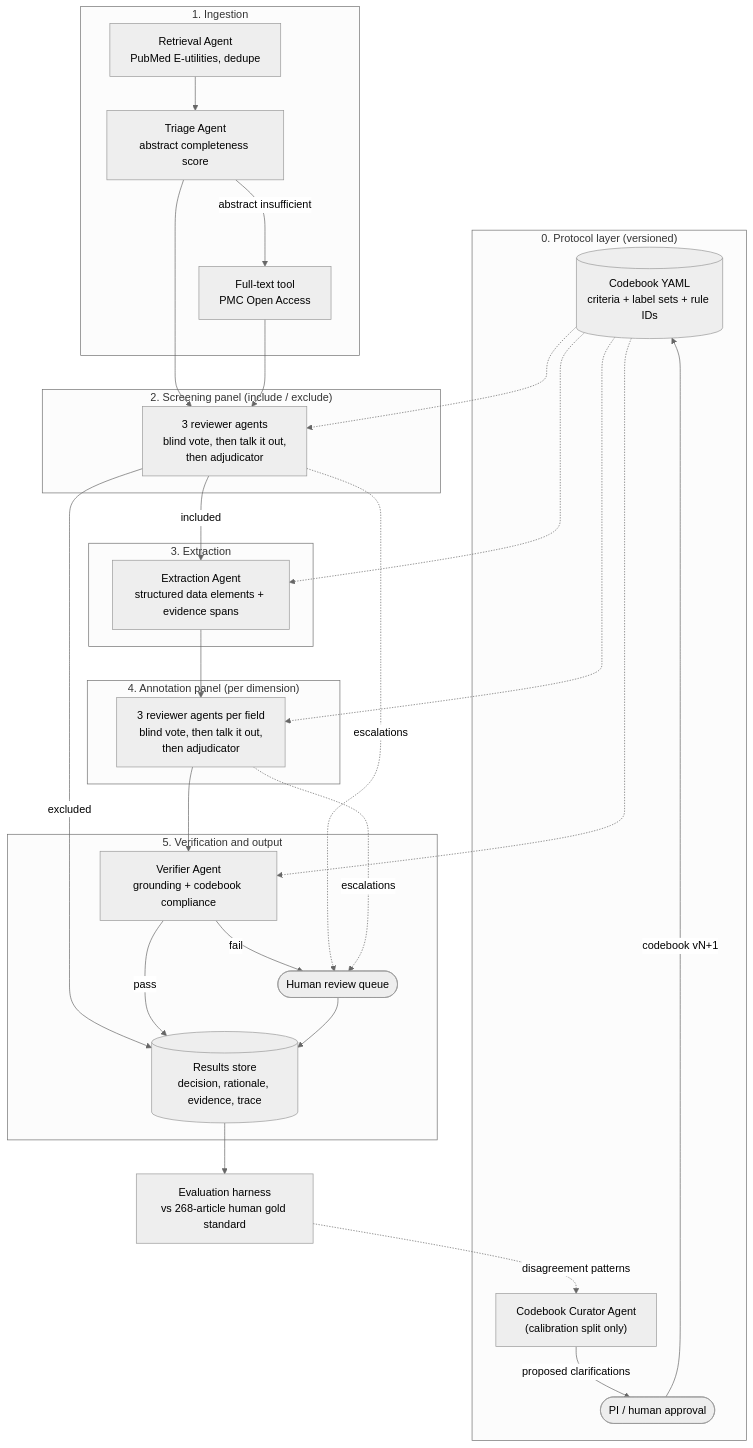
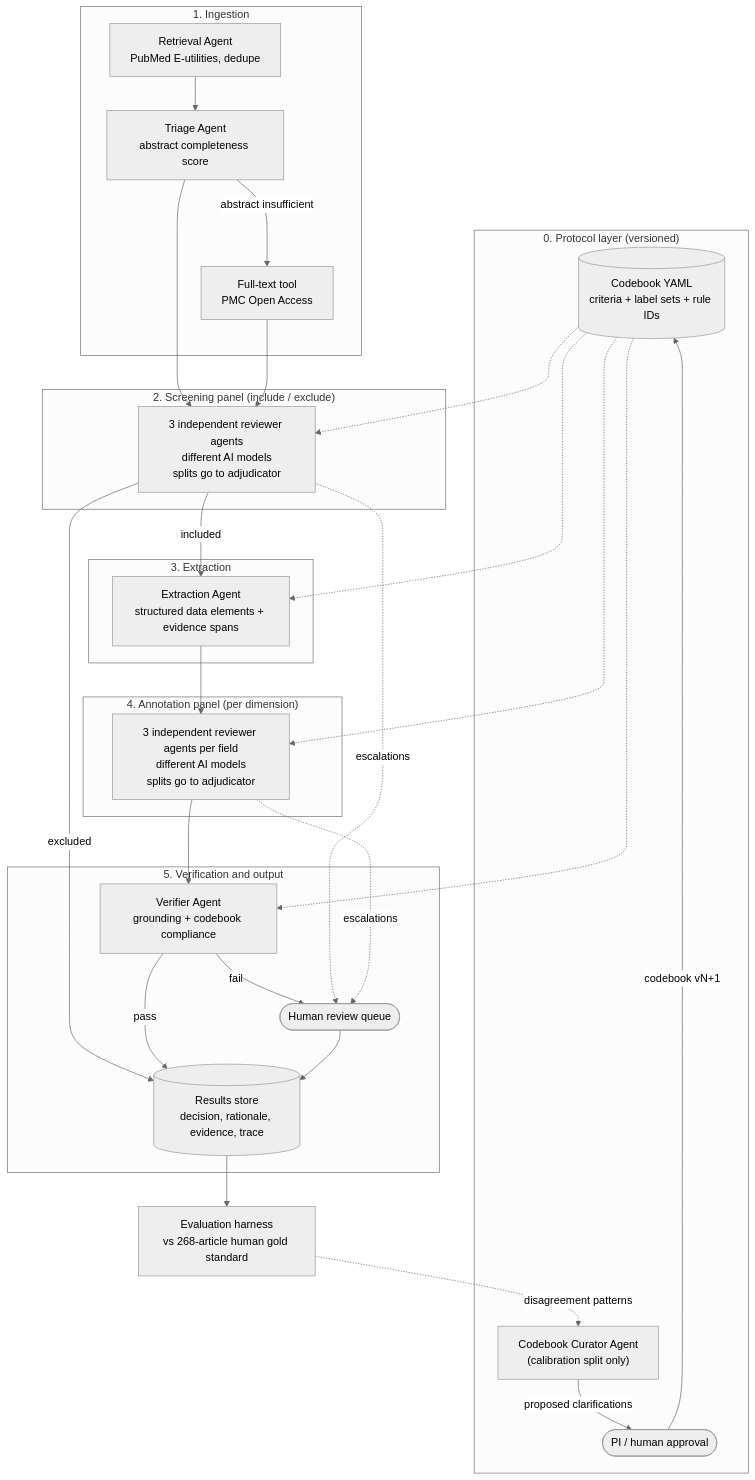
The first of 4 diagrams in docs/ARCHITECTURE.md (iUtsa/adrd-multiagent-review), drawn with Mermaid (neutral theme) before and after one commit. The commit also changed other lines of this file and 6 other files, not shown here.

````diff
--- a/docs/ARCHITECTURE.md
+++ b/docs/ARCHITECTURE.md
@@ -38,49 +38,49 @@
 ```mermaid
 flowchart TB
     subgraph P0["0. Protocol layer (versioned)"]
         CB[("Codebook YAML<br/>criteria + label sets + rule IDs")]
         CUR["Codebook Curator Agent<br/>(calibration split only)"]
         PI(["PI / human approval"])
         CUR -->|proposed clarifications| PI -->|codebook vN+1| CB
     end
 
     subgraph P1["1. Ingestion"]
         RET["Retrieval Agent<br/>PubMed E-utilities, dedupe"]
         TRI["Triage Agent<br/>abstract completeness score"]
         FT["Full-text tool<br/>PMC Open Access"]
         RET --> TRI
         TRI -->|abstract insufficient| FT
     end
 
     subgraph P2["2. Screening panel (include / exclude)"]
-        SP["3 reviewer agents<br/>blind vote, then talk it out,<br/>then adjudicator"]
+        SP["3 independent reviewer agents<br/>different AI models<br/>splits go to adjudicator"]
     end
 
     subgraph P3["3. Extraction"]
         EX["Extraction Agent<br/>structured data elements + evidence spans"]
     end
 
     subgraph P4["4. Annotation panel (per dimension)"]
-        AP["3 reviewer agents per field<br/>blind vote, then talk it out,<br/>then adjudicator"]
+        AP["3 independent reviewer agents per field<br/>different AI models<br/>splits go to adjudicator"]
     end
 
     subgraph P5["5. Verification and output"]
         VER["Verifier Agent<br/>grounding + codebook compliance"]
         HQ(["Human review queue"])
         DB[("Results store<br/>decision, rationale, evidence, trace")]
     end
 
     EVAL["Evaluation harness<br/>vs 268-article human gold standard"]
 
     TRI --> SP
     FT --> SP
     SP -->|excluded| DB
     SP -->|included| EX --> AP --> VER
     VER -->|pass| DB
     VER -->|fail| HQ --> DB
     SP -. escalations .-> HQ
     AP -. escalations .-> HQ
     DB --> EVAL
     CB -.-> SP & EX & AP & VER
     EVAL -. disagreement patterns .-> CUR
 ```
````
